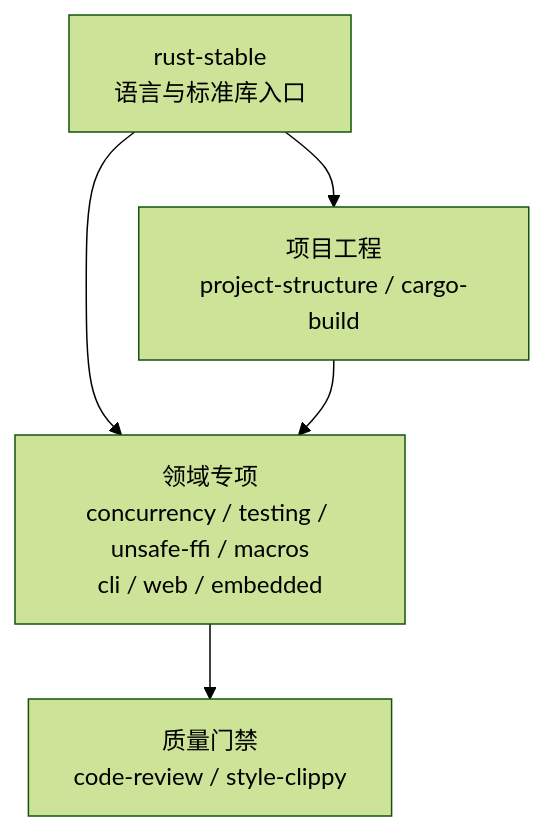
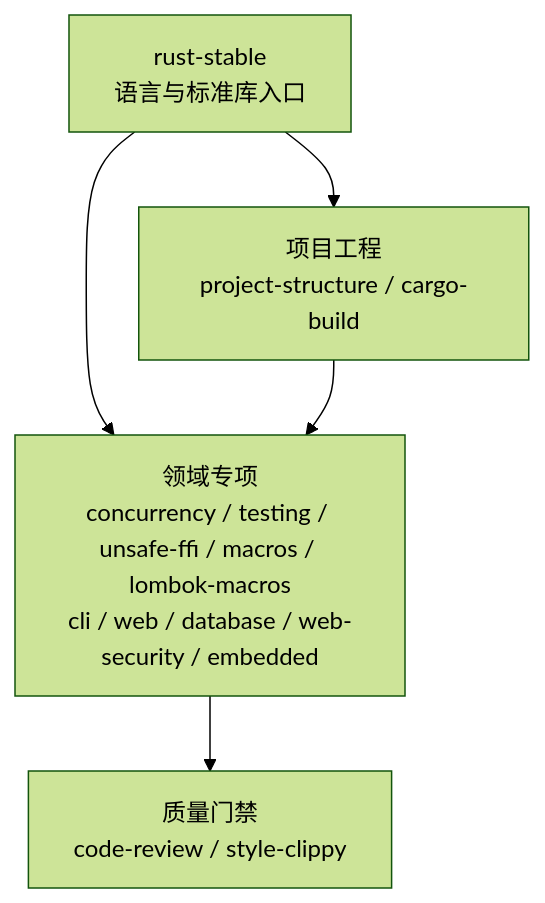
Before and after one commit to full-stack-skills/rust-skills: the diagram in README.zh-CN.md, drawn with Mermaid (forest theme). The commit also changed other lines of this file and 93 other files, not shown here.

````diff
--- a/README.zh-CN.md
+++ b/README.zh-CN.md
@@ -35,12 +35,12 @@
 ```mermaid
 flowchart TB
     S["rust-stable<br/>语言与标准库入口"]
     P["项目工程<br/>project-structure / cargo-build"]
-    D["领域专项<br/>concurrency / testing / unsafe-ffi / macros<br/>cli / web / embedded"]
+    D["领域专项<br/>concurrency / testing / unsafe-ffi / macros / lombok-macros<br/>cli / web / database / web-security / embedded"]
     Q["质量门禁<br/>code-review / style-clippy"]
 
     S --> P
     S --> D
     P --> D
     D --> Q
 ```
````
